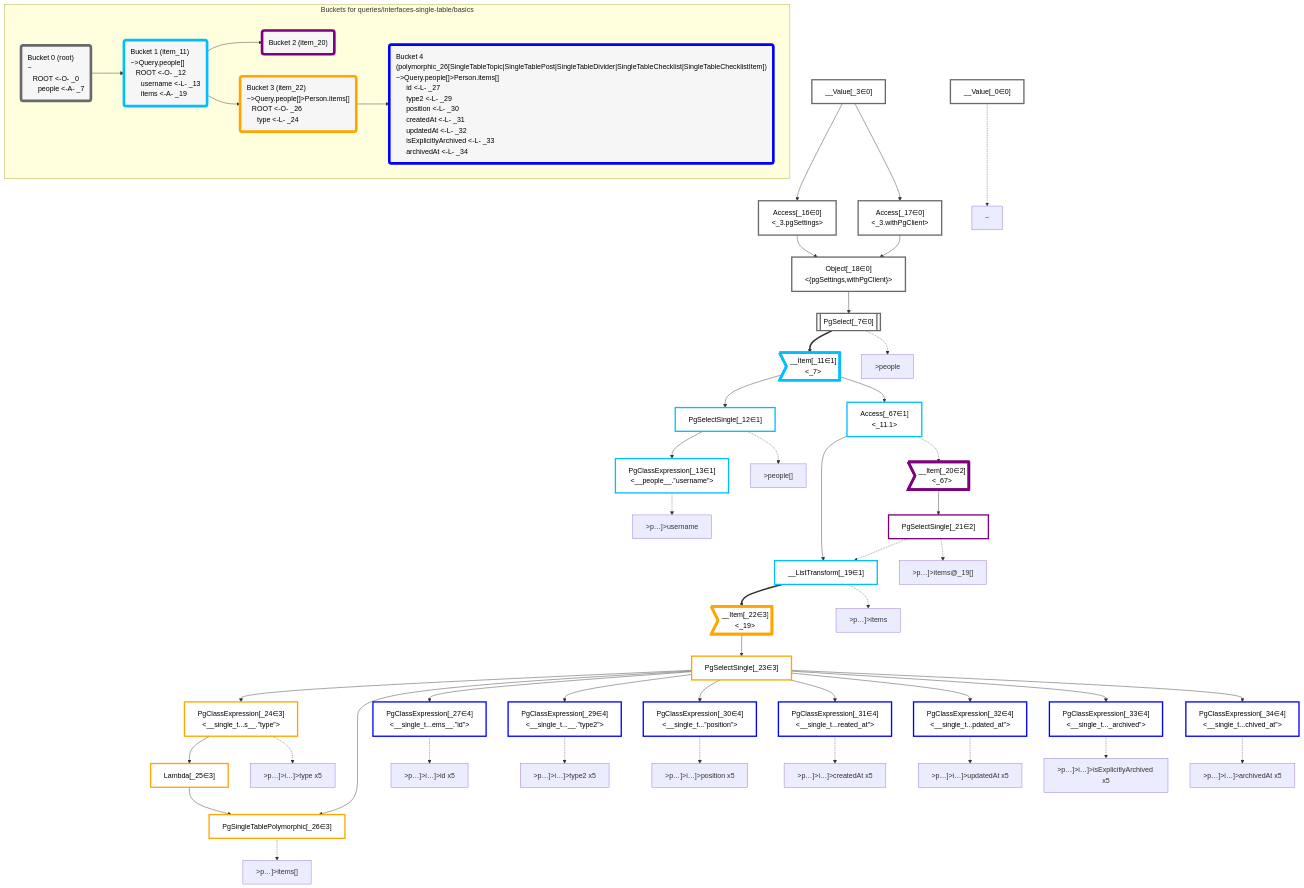
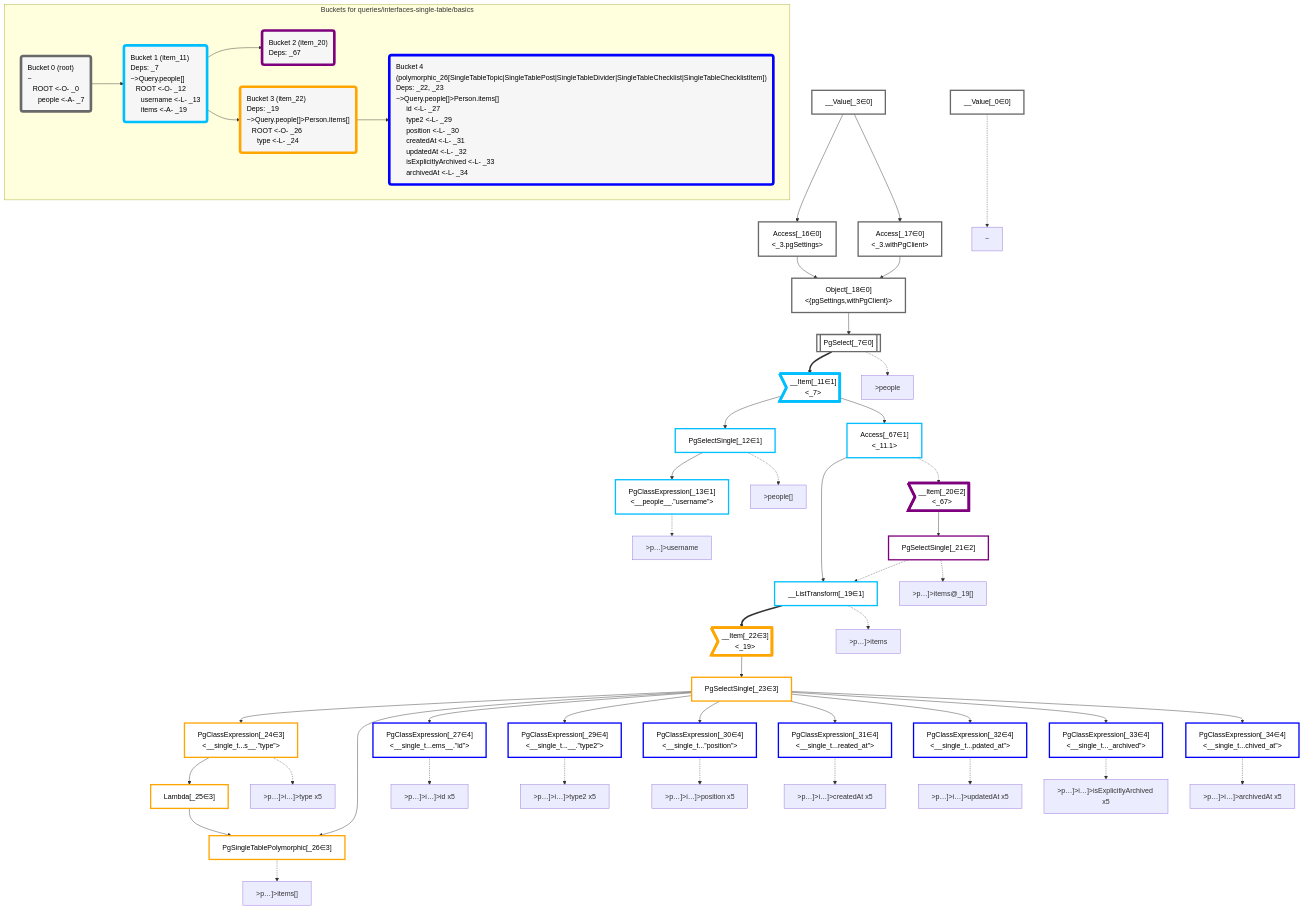
The diagram in packages/dataplan-pg/__tests__/queries/interfaces-single-table/basics.mermaid.md (graphile/crystal), drawn with Mermaid before and after one commit. The commit also changed 157 other files, not shown here.

Commit message:
Add deps to all query snapshots

```diff
--- a/packages/dataplan-pg/__tests__/queries/interfaces-single-table/basics.mermaid.md
+++ b/packages/dataplan-pg/__tests__/queries/interfaces-single-table/basics.mermaid.md
@@ -109,16 +109,16 @@
     subgraph "Buckets for queries/interfaces-single-table/basics"
     Bucket0("Bucket 0 (root)<br />~<br />⠀ROOT <-O- _0<br />⠀⠀people <-A- _7"):::bucket
     style Bucket0 stroke:#696969
-    Bucket1("Bucket 1 (item_11)<br />~>Query.people[]<br />⠀ROOT <-O- _12<br />⠀⠀username <-L- _13<br />⠀⠀items <-A- _19"):::bucket
+    Bucket1("Bucket 1 (item_11)<br />Deps: _7<br />~>Query.people[]<br />⠀ROOT <-O- _12<br />⠀⠀username <-L- _13<br />⠀⠀items <-A- _19"):::bucket
     style Bucket1 stroke:#00bfff
     Bucket0 --> Bucket1
-    Bucket2("Bucket 2 (item_20)"):::bucket
+    Bucket2("Bucket 2 (item_20)<br />Deps: _67"):::bucket
     style Bucket2 stroke:#7f007f
     Bucket1 --> Bucket2
-    Bucket3("Bucket 3 (item_22)<br />~>Query.people[]>Person.items[]<br />⠀ROOT <-O- _26<br />⠀⠀type <-L- _24"):::bucket
+    Bucket3("Bucket 3 (item_22)<br />Deps: _19<br />~>Query.people[]>Person.items[]<br />⠀ROOT <-O- _26<br />⠀⠀type <-L- _24"):::bucket
     style Bucket3 stroke:#ffa500
     Bucket1 --> Bucket3
-    Bucket4("Bucket 4 (polymorphic_26[SingleTableTopic|SingleTablePost|SingleTableDivider|SingleTableChecklist|SingleTableChecklistItem])<br />~>Query.people[]>Person.items[]<br />⠀⠀id <-L- _27<br />⠀⠀type2 <-L- _29<br />⠀⠀position <-L- _30<br />⠀⠀createdAt <-L- _31<br />⠀⠀updatedAt <-L- _32<br />⠀⠀isExplicitlyArchived <-L- _33<br />⠀⠀archivedAt <-L- _34"):::bucket
+    Bucket4("Bucket 4 (polymorphic_26[SingleTableTopic|SingleTablePost|SingleTableDivider|SingleTableChecklist|SingleTableChecklistItem])<br />Deps: _22, _23<br />~>Query.people[]>Person.items[]<br />⠀⠀id <-L- _27<br />⠀⠀type2 <-L- _29<br />⠀⠀position <-L- _30<br />⠀⠀createdAt <-L- _31<br />⠀⠀updatedAt <-L- _32<br />⠀⠀isExplicitlyArchived <-L- _33<br />⠀⠀archivedAt <-L- _34"):::bucket
     style Bucket4 stroke:#0000ff
     Bucket3 --> Bucket4
     end
```
